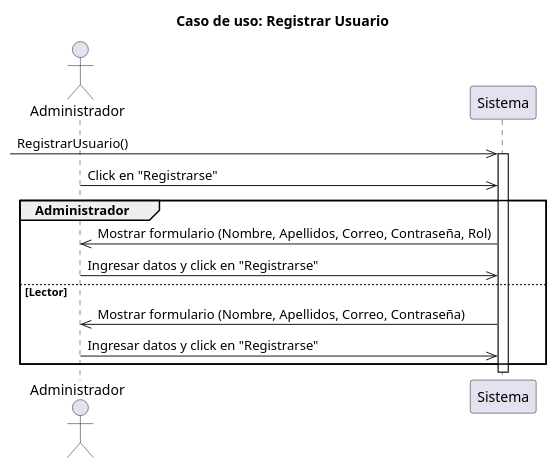
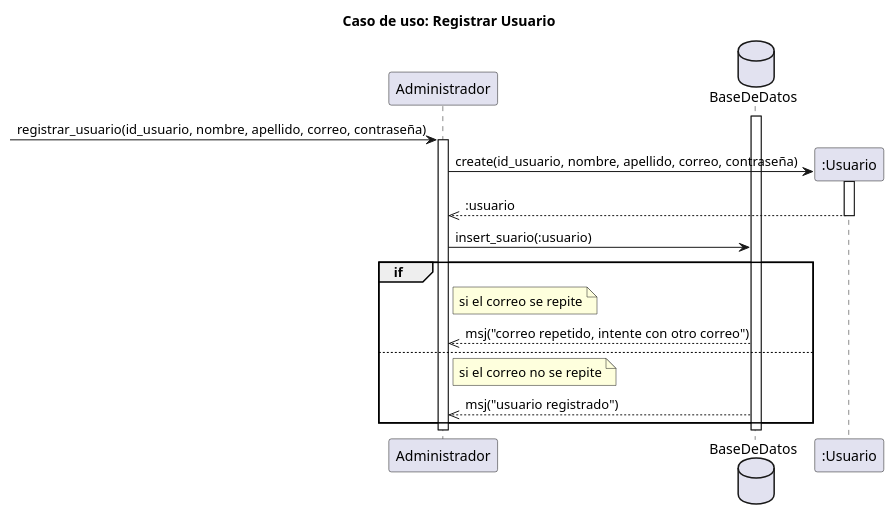
One commit to RubenE107/diagramas-de-dise-o-uml changed the diagram in interacion 2/Registrar u usuario.puml. Above: the diagram before and after it, drawn with PlantUML. The commit also changed 1 other file, not shown here.

Commit message:
Registrar usuario

```diff
--- a/interacion 2/Registrar u usuario.puml
+++ b/interacion 2/Registrar u usuario.puml
@@ -1,26 +1,54 @@
-@startuml 
+@startuml
 title Caso de uso: Registrar Usuario
 
-actor Administrador as U
-participant Sistema
+participant "Administrador" as a
+database "BaseDeDatos" as db
 
 
 
-->> Sistema: RegistrarUsuario()
-activate Sistema
-U->> Sistema: Click en "Registrarse"
-group Administrador
+ -> a:registrar_usuario(id_usuario, nombre, apellido, correo, contraseña)
+activate a
+create ":Usuario" as u
+a -> u:create(id_usuario, nombre, apellido, correo, contraseña)
+activate u
+u-->>a::usuario
+deactivate u
+a -> db:insert_suario(:usuario)
+group if 
+note right of a :si el correo se repite
+a<<--db:msj("correo repetido, intente con otro correo")
+else
+note right of a :si el correo no se repite
+a<<--db:msj("usuario registrado")
+end
 
-Sistema->>U: Mostrar formulario (Nombre, Apellidos, Correo, Contraseña, Rol)
-U->> Sistema: Ingresar datos y click en "Registrarse"
+activate db
+deactivate db
+deactivate a
 
 
-else Lector 
-
-Sistema->>U: Mostrar formulario (Nombre, Apellidos, Correo, Contraseña)
-U->> Sistema: Ingresar datos y click en "Registrarse"
 
 
-end
+
+
+' actor ":Administrador" as U
+' participant Sistema
+' ->> Sistema: RegistrarUsuario()
+' activate Sistema
+' U->> Sistema: Click en "Registrarse"
+' group Administrador
+
+' Sistema->>U: Mostrar formulario (Nombre, Apellidos, Correo, Contraseña, Rol)
+' U->> Sistema: Ingresar datos y click en "Registrarse"
+
+
+' else Lector 
+
+' Sistema->>U: Mostrar formulario (Nombre, Apellidos, Correo, Contraseña)
+' U->> Sistema: Ingresar datos y click en "Registrarse"
+' end
+
+
+
 
 @enduml
```
